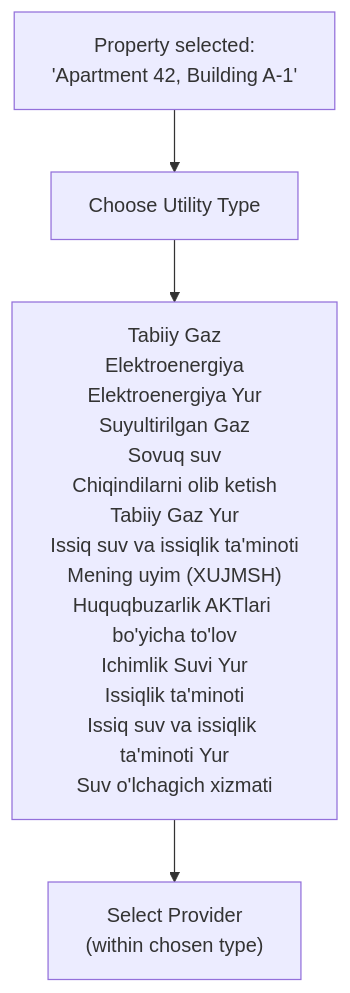
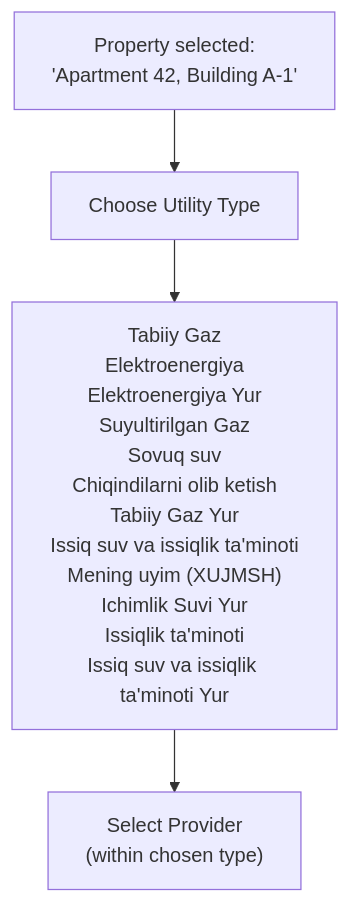
The third of 11 diagrams in utilities-payment-userflow.md (saodatm-dev/Utilities---Informational-Architecture), drawn with Mermaid before and after one commit. The commit also changed other lines of this file and 1 other file, not shown here.

Commit message:
refactor: remove outdated API content and detailed technical sections from payment user flow documentation, and simplify API endpoint descriptions.

````diff
--- a/utilities-payment-userflow.md
+++ b/utilities-payment-userflow.md
@@ -115,9 +115,9 @@
 ```mermaid
 flowchart TD
     PROP["Property selected:<br/>'Apartment 42, Building A-1'"] --> UTIL_TYPE["Choose Utility Type"]
 
-    UTIL_TYPE --> UT_LIST["Tabiiy Gaz<br/>Elektroenergiya<br/>Elektroenergiya Yur<br/>Suyultirilgan Gaz<br/>Sovuq suv<br/>Chiqindilarni olib ketish<br/>Tabiiy Gaz Yur<br/>Issiq suv va issiqlik ta'minoti<br/>Mening uyim (XUJMSH)<br/>Huquqbuzarlik AKTlari bo'yicha to'lov<br/>Ichimlik Suvi Yur<br/>Issiqlik ta'minoti<br/>Issiq suv va issiqlik ta'minoti Yur<br/>Suv o'lchagich xizmati"]
+    UTIL_TYPE --> UT_LIST["Tabiiy Gaz<br/>Elektroenergiya<br/>Elektroenergiya Yur<br/>Suyultirilgan Gaz<br/>Sovuq suv<br/>Chiqindilarni olib ketish<br/>Tabiiy Gaz Yur<br/>Issiq suv va issiqlik ta'minoti<br/>Mening uyim (XUJMSH)<br/>Ichimlik Suvi Yur<br/>Issiqlik ta'minoti<br/>Issiq suv va issiqlik ta'minoti Yur"]
 
     UT_LIST --> PROVIDER["Select Provider<br/>(within chosen type)"]
 
 ```
````
